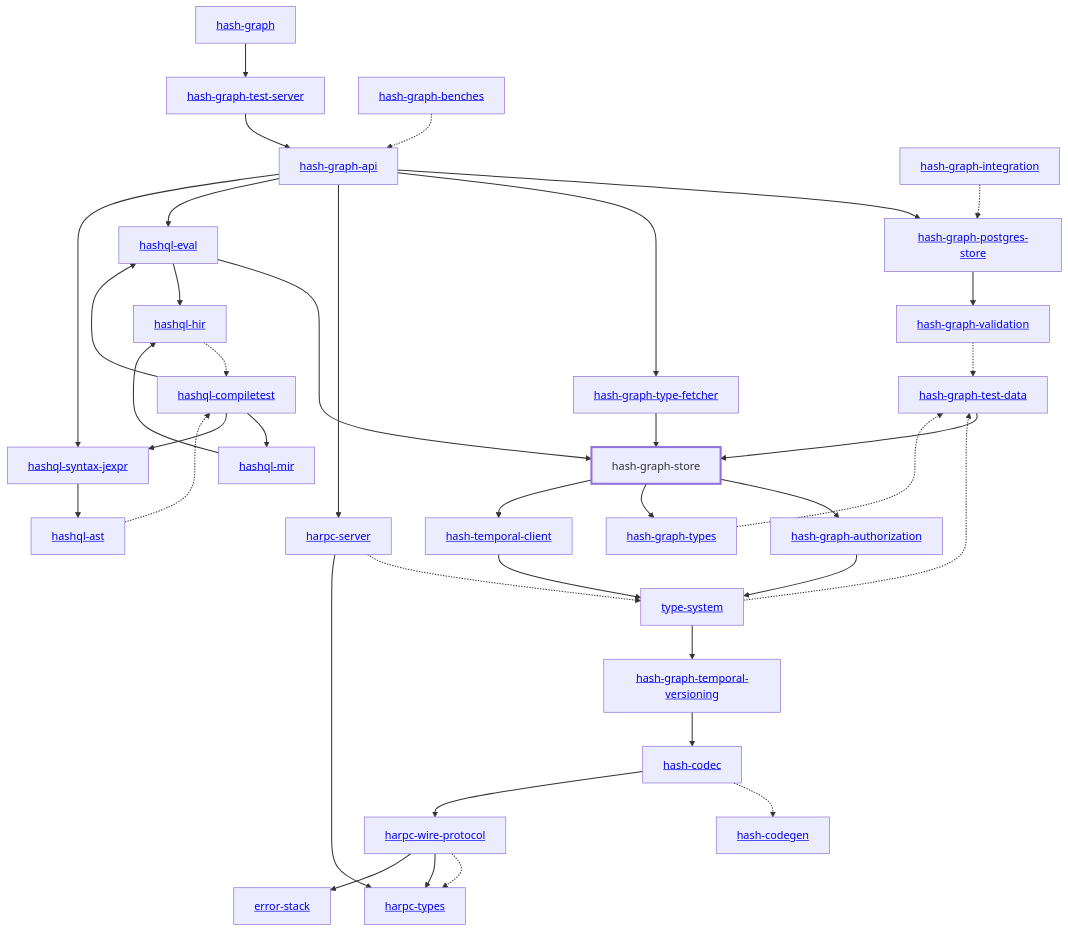
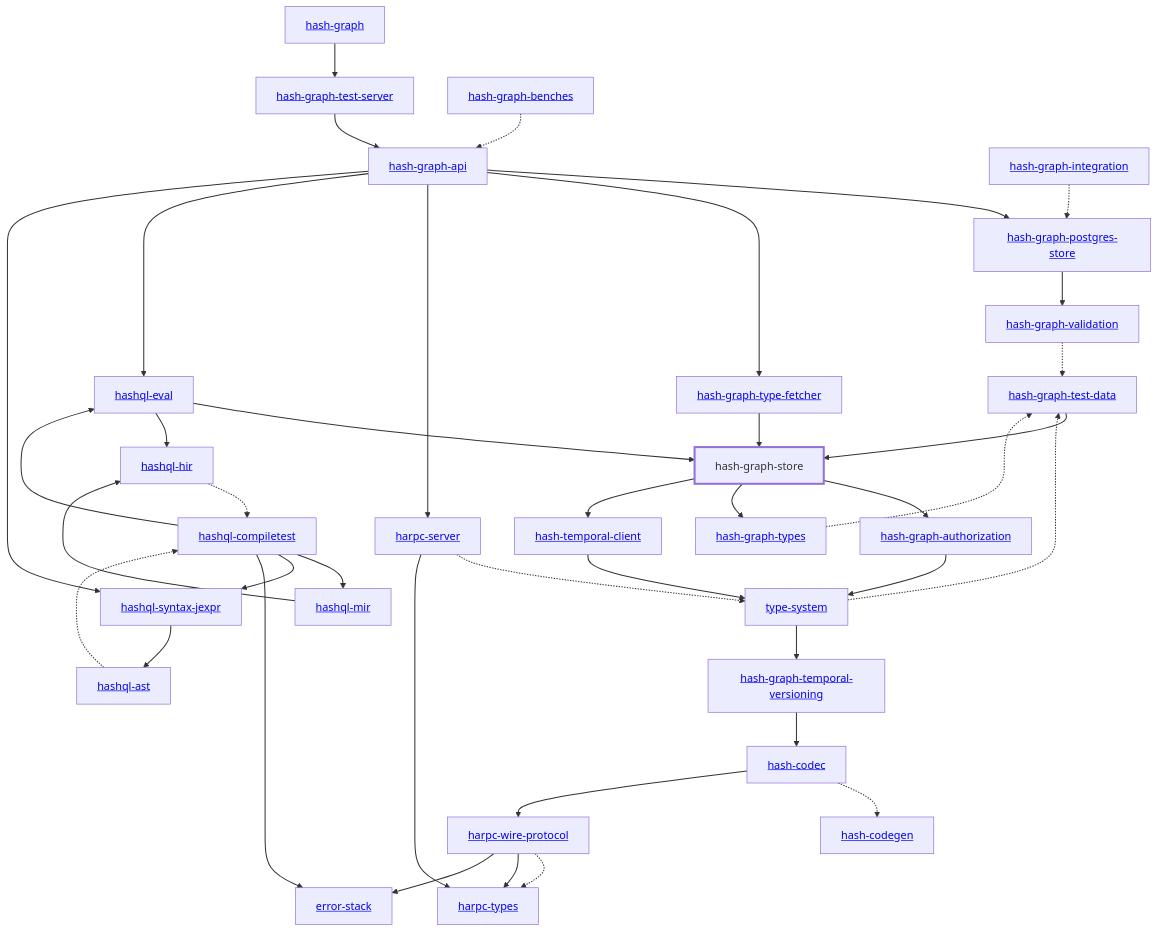
The diagram in libs/@local/graph/store/docs/dependency-diagram.mmd (hashintel/hash), drawn with Mermaid before and after one commit. The commit also changed 18 other files, not shown here.

```diff
--- a/libs/@local/graph/store/docs/dependency-diagram.mmd
+++ b/libs/@local/graph/store/docs/dependency-diagram.mmd
@@ -1,76 +1,77 @@
 graph TD
     linkStyle default stroke-width:1.5px
     classDef default stroke-width:1px
     classDef root stroke-width:3px
     classDef dev stroke-width:1px
     classDef build stroke-width:1px
     %% Legend
     %% --> : Normal dependency
     %% -.-> : Dev dependency
     %% ---> : Build dependency
     0[<a href="../hash_graph/index.html">hash-graph</a>]
     1[<a href="../type_system/index.html">type-system</a>]
     2[<a href="../hash_codec/index.html">hash-codec</a>]
     3[<a href="../hash_codegen/index.html">hash-codegen</a>]
     4[<a href="../hash_graph_api/index.html">hash-graph-api</a>]
     5[<a href="../hash_graph_authorization/index.html">hash-graph-authorization</a>]
     6[<a href="../hash_graph_postgres_store/index.html">hash-graph-postgres-store</a>]
     7[hash-graph-store]
     class 7 root
     8[<a href="../hash_graph_temporal_versioning/index.html">hash-graph-temporal-versioning</a>]
     9[<a href="../hash_graph_test_server/index.html">hash-graph-test-server</a>]
     10[<a href="../hash_graph_type_fetcher/index.html">hash-graph-type-fetcher</a>]
     11[<a href="../hash_graph_types/index.html">hash-graph-types</a>]
     12[<a href="../hash_graph_validation/index.html">hash-graph-validation</a>]
     13[<a href="../harpc_server/index.html">harpc-server</a>]
     14[<a href="../harpc_types/index.html">harpc-types</a>]
     15[<a href="../harpc_wire_protocol/index.html">harpc-wire-protocol</a>]
     16[<a href="../hashql_ast/index.html">hashql-ast</a>]
     17[<a href="../hashql_compiletest/index.html">hashql-compiletest</a>]
     18[<a href="../hashql_eval/index.html">hashql-eval</a>]
     19[<a href="../hashql_hir/index.html">hashql-hir</a>]
     20[<a href="../hashql_mir/index.html">hashql-mir</a>]
     21[<a href="../hashql_syntax_jexpr/index.html">hashql-syntax-jexpr</a>]
     22[<a href="../hash_temporal_client/index.html">hash-temporal-client</a>]
     23[<a href="../error_stack/index.html">error-stack</a>]
     24[<a href="../hash_graph_benches/index.html">hash-graph-benches</a>]
     25[<a href="../hash_graph_integration/index.html">hash-graph-integration</a>]
     26[<a href="../hash_graph_test_data/index.html">hash-graph-test-data</a>]
     0 --> 9
     1 --> 8
     1 -.-> 26
     2 -.-> 3
     2 --> 15
     4 --> 6
     4 --> 10
     4 --> 13
     4 --> 18
     4 --> 21
     5 --> 1
     6 --> 12
     7 --> 5
     7 --> 11
     7 --> 22
     8 --> 2
     9 --> 4
     10 --> 7
     11 -.-> 26
     12 -.-> 26
     13 -.-> 1
     13 --> 14
     15 -.-> 14
     15 --> 14
     15 --> 23
     16 -.-> 17
     17 --> 18
     17 --> 20
     17 --> 21
+    17 --> 23
     18 --> 7
     18 --> 19
     19 -.-> 17
     20 --> 19
     21 --> 16
     22 --> 1
     24 -.-> 4
     25 -.-> 6
     26 --> 7
```
